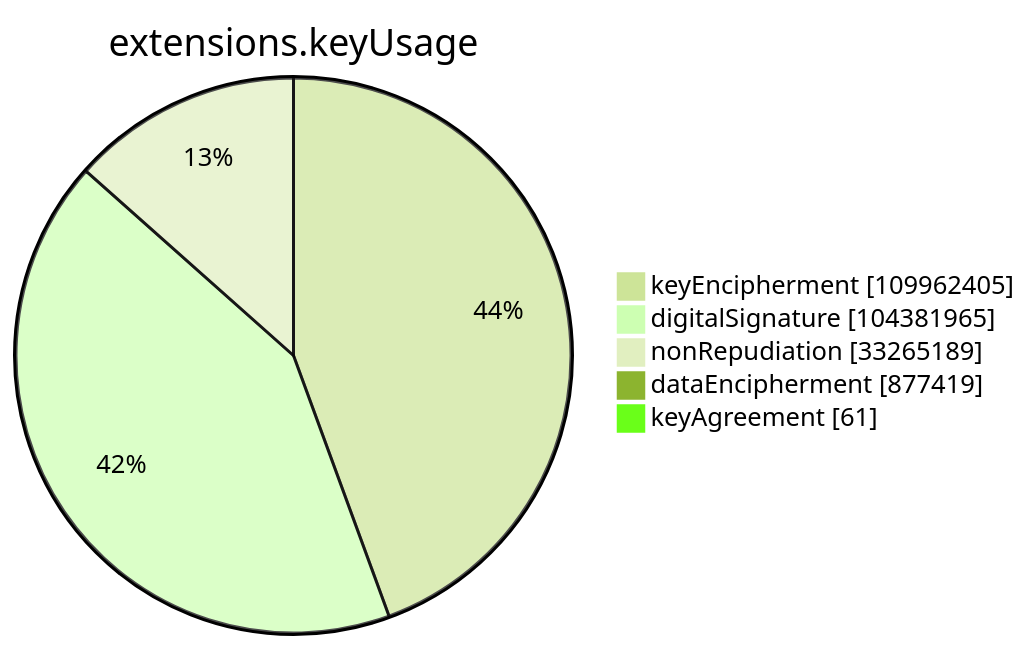
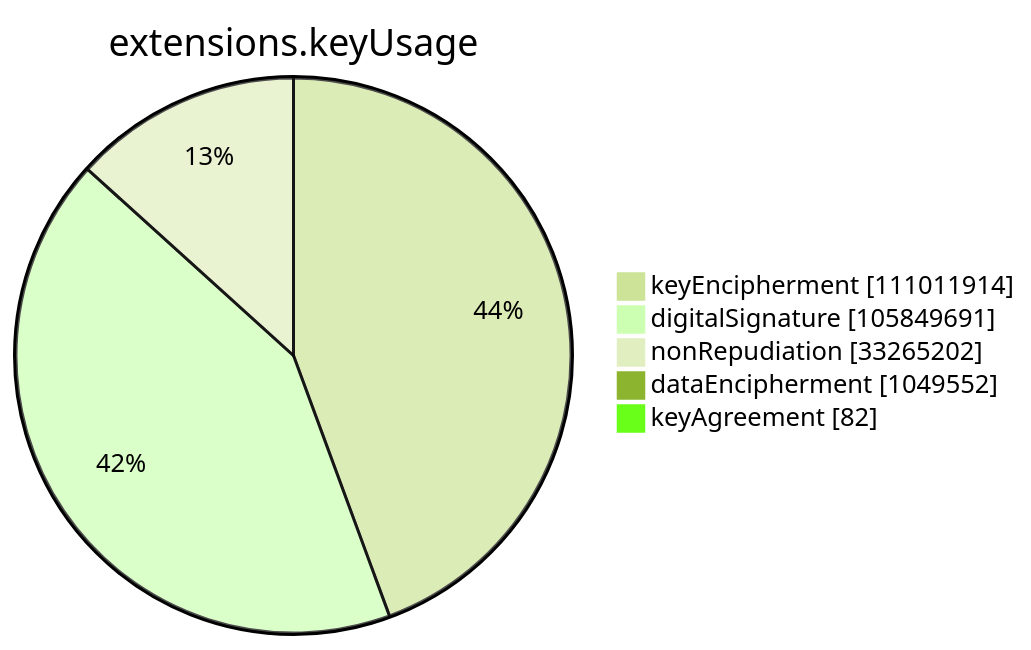
The sixth of 15 diagrams in xenon2023/README.md (christiankrug/ctmonitor_visualization), drawn with Mermaid (forest theme) before and after one commit. The commit also changed other lines of this file, not shown here.

````diff
--- a/xenon2023/README.md
+++ b/xenon2023/README.md
@@ -2120,9 +2121,9 @@
 ```mermaid
 pie showData
 title extensions.keyUsage
-"keyEncipherment" :109962405
-"digitalSignature" :104381965
-"nonRepudiation" :33265189
-"dataEncipherment" :877419
-"keyAgreement" :61
+"keyEncipherment" :111011914
+"digitalSignature" :105849691
+"nonRepudiation" :33265202
+"dataEncipherment" :1049552
+"keyAgreement" :82
 ```
````
